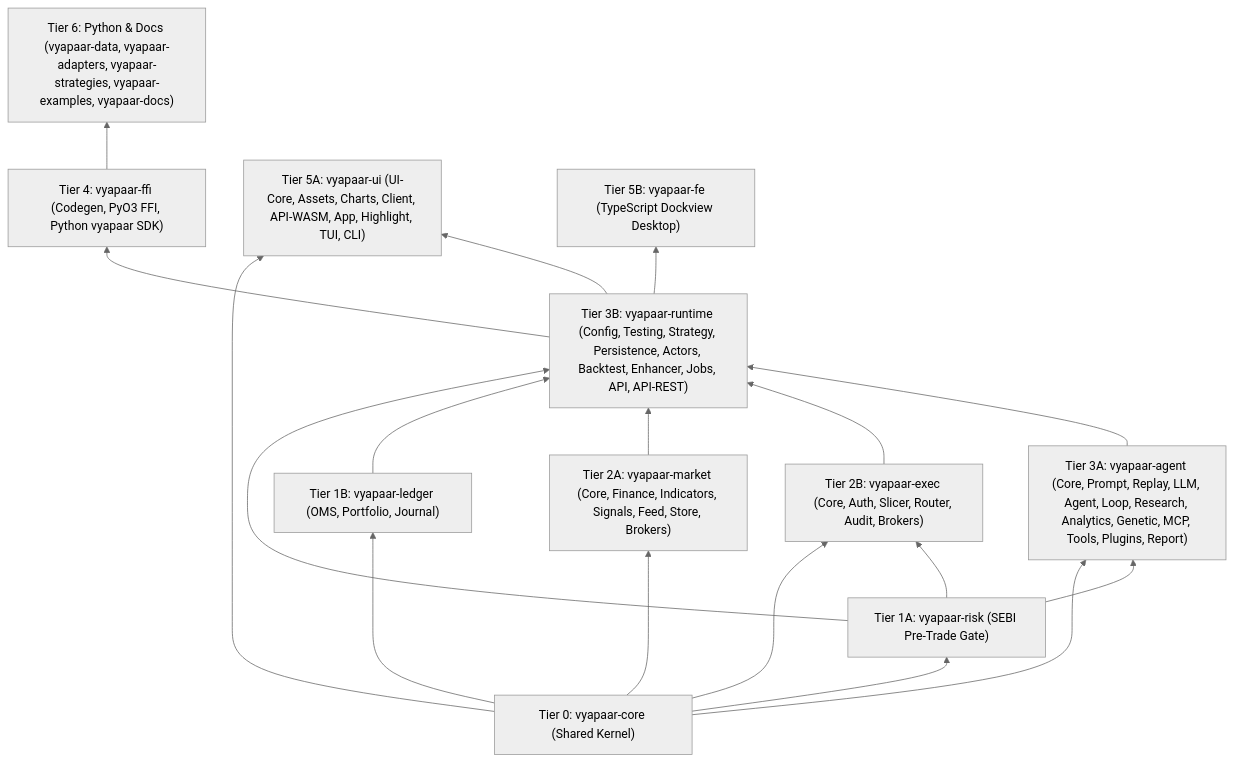
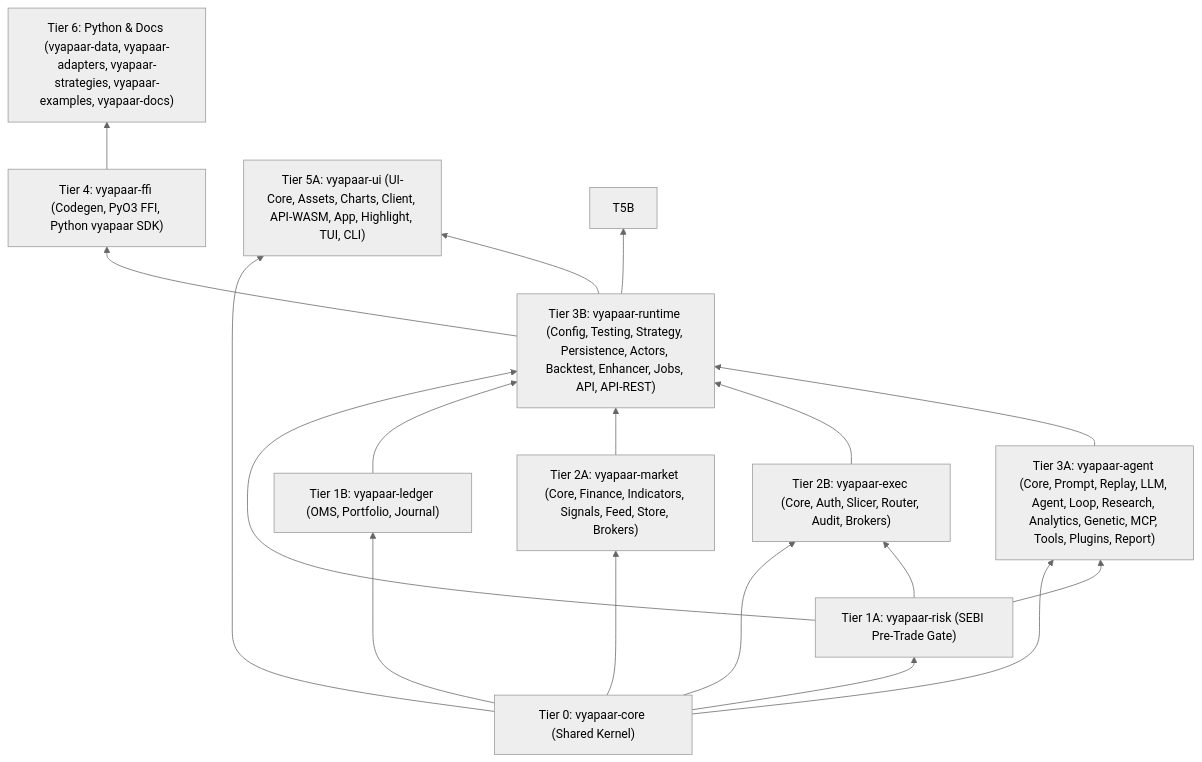
The diagram in docs/migration-guide.md (tantra-labs/tantra-labs), drawn with Mermaid (neutral theme) before and after one commit. The commit also changed other lines of this file and 6 other files, not shown here.

First line of the commit message:
chore(submodules): retire vyapaar-fe; consolidate web & desktop UI under vyapaar-ui

````diff
--- a/docs/migration-guide.md
+++ b/docs/migration-guide.md
@@ -59,32 +58,31 @@
 ```mermaid
 flowchart BT
     T0["Tier 0: vyapaar-core (Shared Kernel)"]
     T1A["Tier 1A: vyapaar-risk (SEBI Pre-Trade Gate)"]
     T1B["Tier 1B: vyapaar-ledger (OMS, Portfolio, Journal)"]
     T2A["Tier 2A: vyapaar-market (Core, Finance, Indicators, Signals, Feed, Store, Brokers)"]
     T2B["Tier 2B: vyapaar-exec (Core, Auth, Slicer, Router, Audit, Brokers)"]
     T3A["Tier 3A: vyapaar-agent (Core, Prompt, Replay, LLM, Agent, Loop, Research, Analytics, Genetic, MCP, Tools, Plugins, Report)"]
     T3B["Tier 3B: vyapaar-runtime (Config, Testing, Strategy, Persistence, Actors, Backtest, Enhancer, Jobs, API, API-REST)"]
     T4["Tier 4: vyapaar-ffi (Codegen, PyO3 FFI, Python vyapaar SDK)"]
     T5A["Tier 5A: vyapaar-ui (UI-Core, Assets, Charts, Client, API-WASM, App, Highlight, TUI, CLI)"]
-    T5B["Tier 5B: vyapaar-fe (TypeScript Dockview Desktop)"]
     T6["Tier 6: Python & Docs (vyapaar-data, vyapaar-adapters, vyapaar-strategies, vyapaar-examples, vyapaar-docs)"]
 
     T0 --> T1A
     T0 --> T1B
     T0 --> T2A
     T0 --> T2B
     T1A --> T2B
     T0 --> T3A
     T1A --> T3A
     T1A --> T3B
     T1B --> T3B
     T2A --> T3B
     T2B --> T3B
     T3A --> T3B
     T3B --> T4
     T0 --> T5A
     T3B --> T5A
     T3B --> T5B
     T4 --> T6
 ```
````
